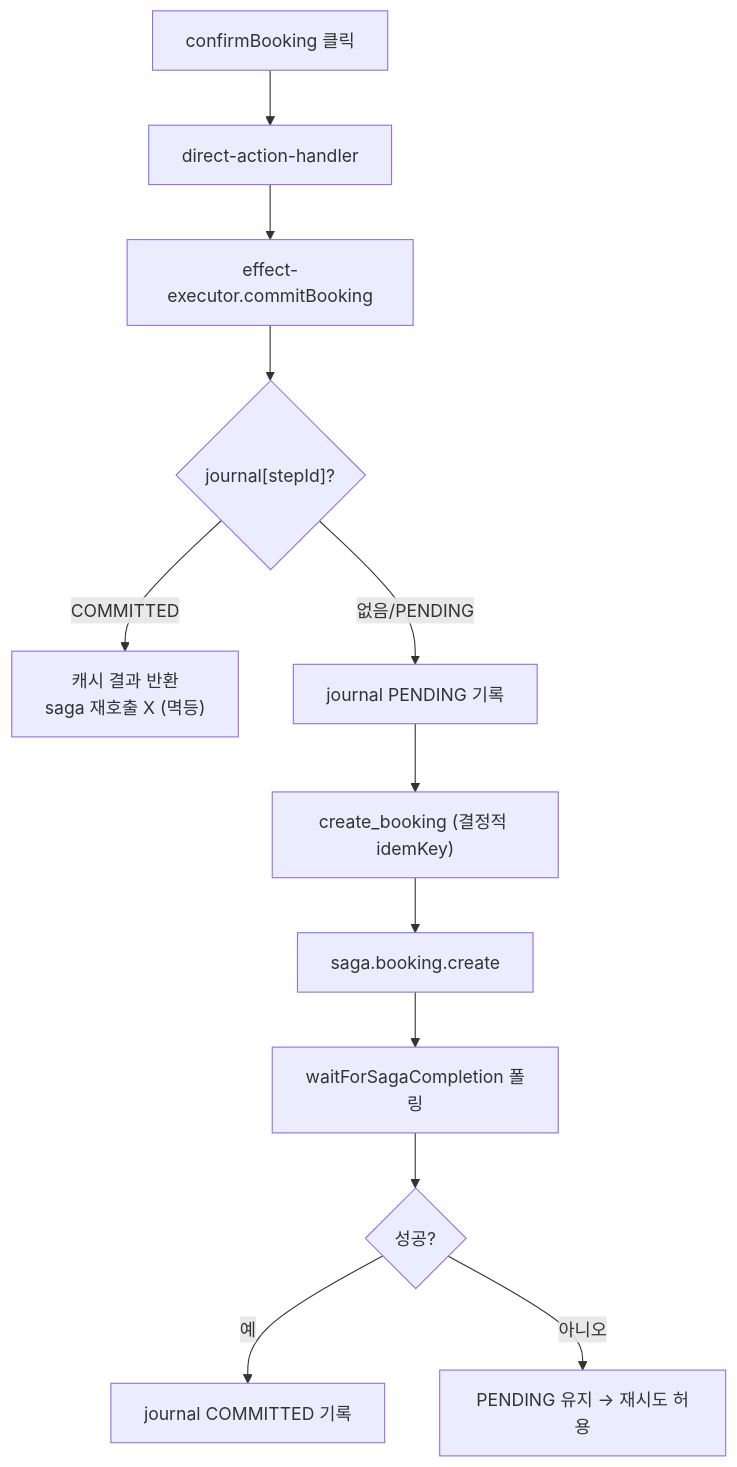
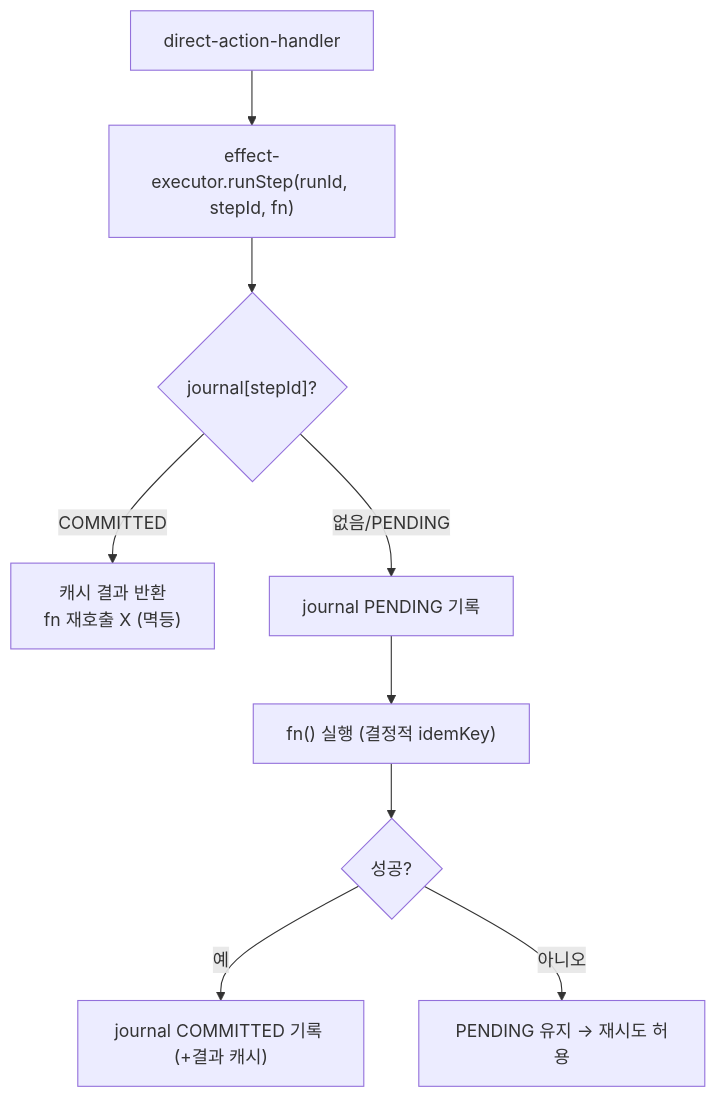
One commit to uniyous/parkgolf-platform changed the third of 3 diagrams in docs/workflow/AGENT.md. Above: the diagram before and after it, drawn with Mermaid. The commit also changed other lines of this file and 7 other files, not shown here.

````diff
--- a/docs/workflow/AGENT.md
+++ b/docs/workflow/AGENT.md
@@ -668,14 +687,11 @@
 ```mermaid
 flowchart TD
-    Confirm["confirmBooking 클릭"] --> DA["direct-action-handler"]
-    DA --> Commit["effect-executor.commitBooking"]
-    Commit --> JCheck{"journal[stepId]?"}
-    JCheck -->|COMMITTED| Cached["캐시 결과 반환<br/>saga 재호출 X (멱등)"]
+    DA["direct-action-handler"] --> Run["effect-executor.runStep(runId, stepId, fn)"]
+    Run --> JCheck{"journal[stepId]?"}
+    JCheck -->|COMMITTED| Cached["캐시 결과 반환<br/>fn 재호출 X (멱등)"]
     JCheck -->|없음/PENDING| Put1["journal PENDING 기록"]
-    Put1 --> CB["create_booking (결정적 idemKey)"]
-    CB --> Saga["saga.booking.create"]
-    Saga --> Poll["waitForSagaCompletion 폴링"]
-    Poll --> OK{성공?}
-    OK -->|예| Put2["journal COMMITTED 기록"]
+    Put1 --> FN["fn() 실행 (결정적 idemKey)"]
+    FN --> OK{성공?}
+    OK -->|예| Put2["journal COMMITTED 기록 (+결과 캐시)"]
     OK -->|아니오| Keep["PENDING 유지 → 재시도 허용"]
 ```
````
